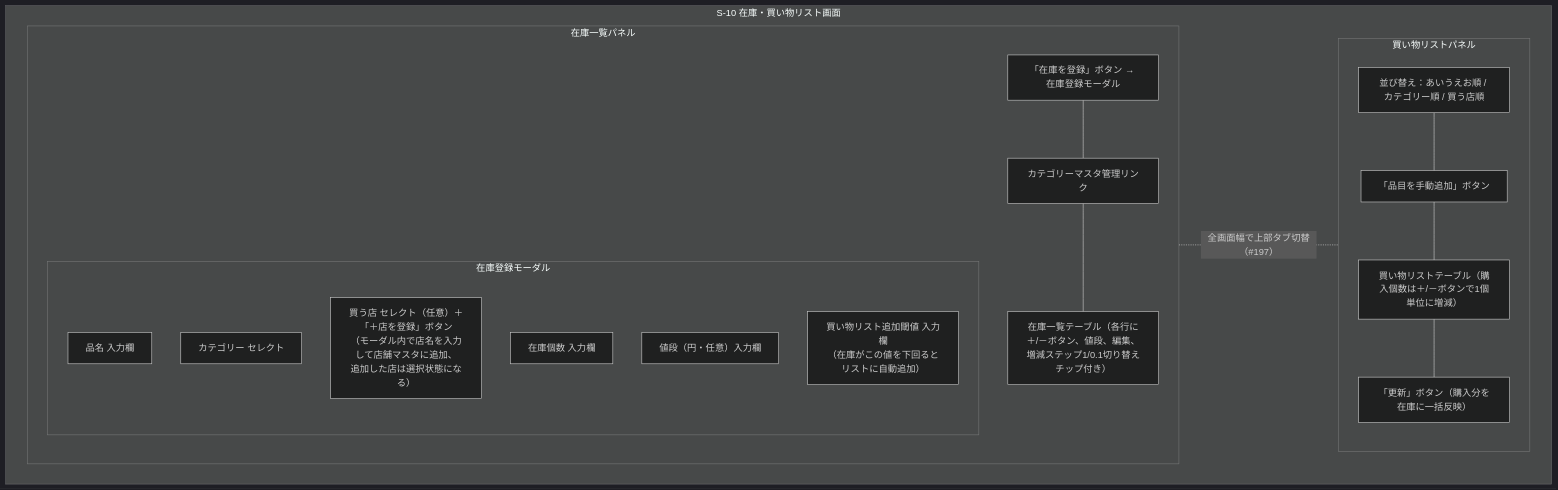
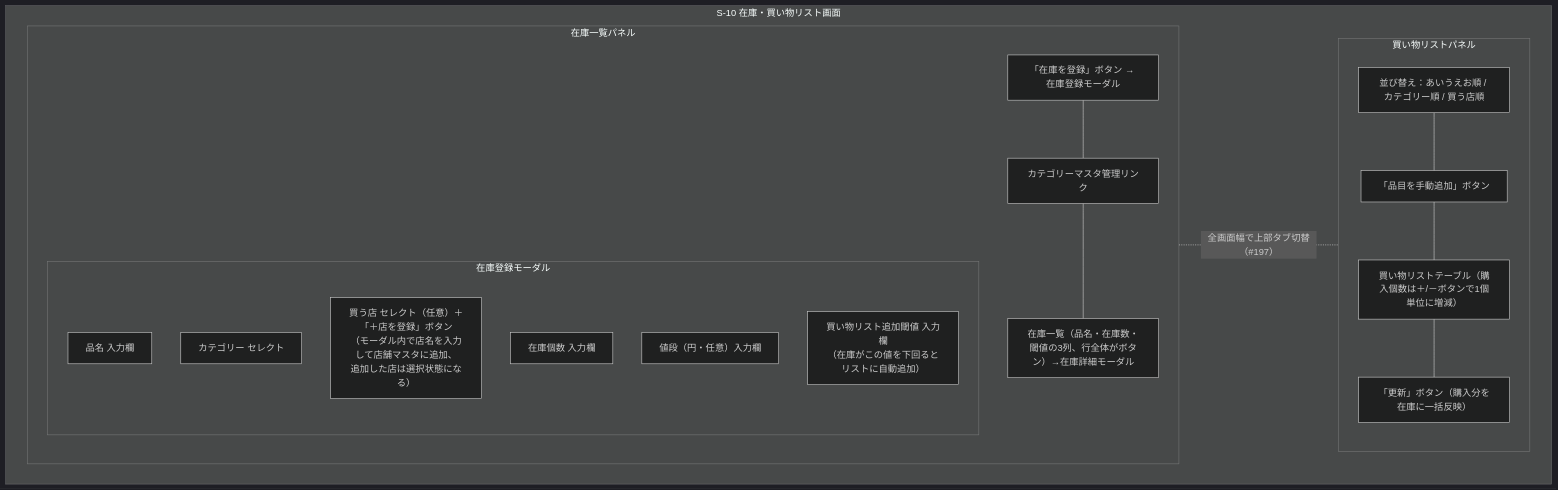
Before and after one commit to yamamotonaoki3/HomeLog: the tenth of 19 diagrams in docs/details/wireframes.md, drawn with Mermaid (dark theme). The commit also changed other lines of this file and 18 other files, not shown here.

````diff
--- a/docs/details/wireframes.md
+++ b/docs/details/wireframes.md
@@ -522,31 +522,31 @@
 ```mermaid
 flowchart TD
     subgraph Screen["S-10 在庫・買い物リスト画面"]
         direction LR
         subgraph InventoryPanel["在庫一覧パネル"]
             direction TB
             AddBtn["「在庫を登録」ボタン → 在庫登録モーダル"]
             subgraph InvModal["在庫登録モーダル"]
                 direction TB
                 InvName["品名 入力欄"]
                 InvCategory["カテゴリー セレクト"]
                 InvStore["買う店 セレクト（任意）＋「＋店を登録」ボタン\n（モーダル内で店名を入力して店舗マスタに追加、\n追加した店は選択状態になる）"]
                 InvQty["在庫個数 入力欄"]
                 InvPrice["値段（円・任意）入力欄"]
                 InvThreshold["買い物リスト追加閾値 入力欄\n（在庫がこの値を下回るとリストに自動追加）"]
             end
             MasterLink["カテゴリーマスタ管理リンク"]
-            InvList["在庫一覧テーブル（各行に＋/－ボタン、値段、編集、\n増減ステップ1/0.1切り替えチップ付き）"]
+            InvList["在庫一覧（品名・在庫数・閾値の3列、行全体がボタン）→在庫詳細モーダル"]
         end
         subgraph ShoppingPanel["買い物リストパネル"]
             direction TB
             Sort["並び替え：あいうえお順 / カテゴリー順 / 買う店順"]
             ShopAddBtn["「品目を手動追加」ボタン"]
             ShopList["買い物リストテーブル（購入個数は＋/－ボタンで1個単位に増減）"]
             UpdateBtn["「更新」ボタン（購入分を在庫に一括反映）"]
         end
     end
     AddBtn --- MasterLink --- InvList
     Sort --- ShopAddBtn --- ShopList --- UpdateBtn
     InvList -. "全画面幅で上部タブ切替（#197）" .- ShopList
 ```
````
